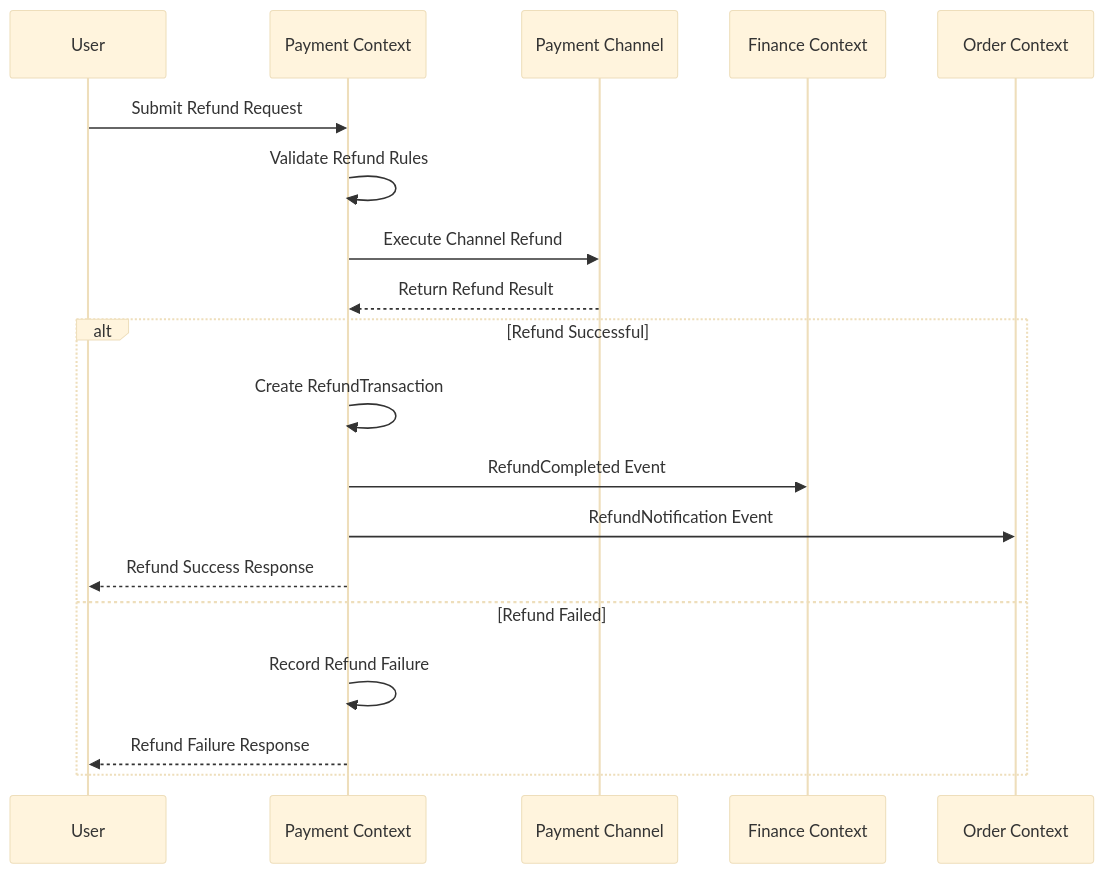
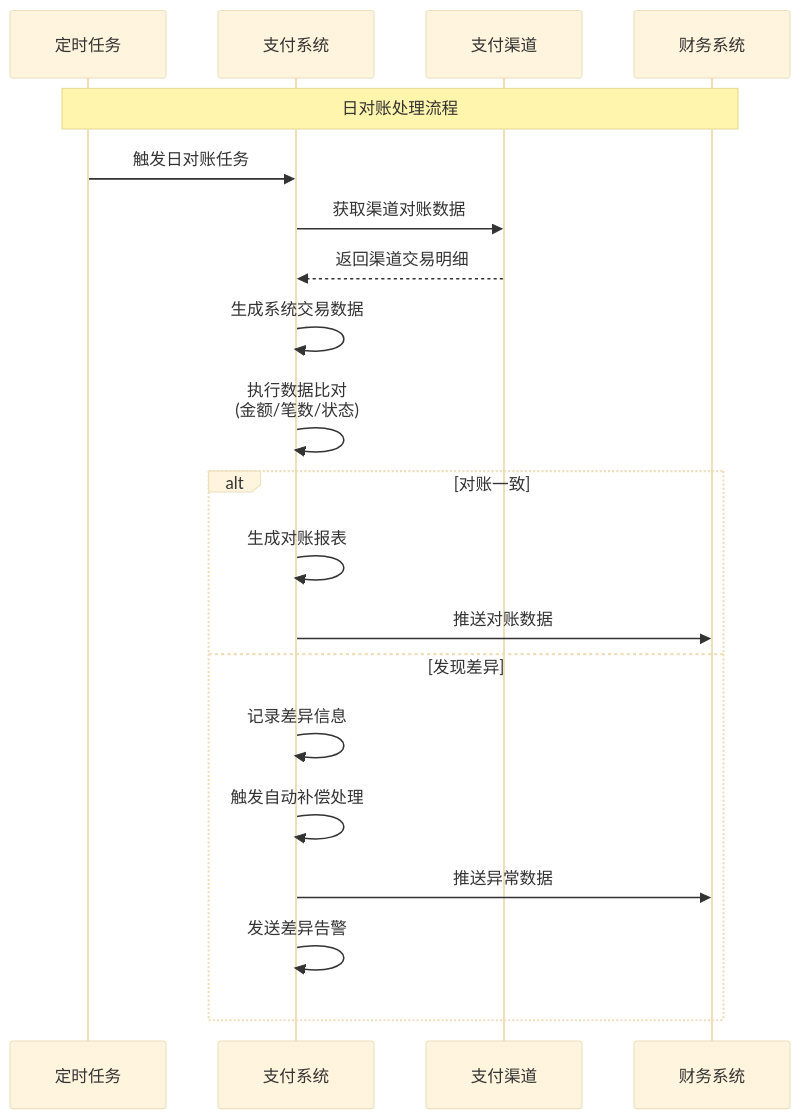
The fifth of 5 diagrams in docs/contexts/payment/integration/context-mapping.md (KyleWangkq/ai-prompt), drawn with Mermaid (base theme) before and after one commit. The commit also changed other lines of this file and 5 other files, not shown here.

````diff
--- a/docs/contexts/payment/integration/context-mapping.md
+++ b/docs/contexts/payment/integration/context-mapping.md
@@ -595,23 +1218,26 @@
 ```mermaid
 sequenceDiagram
-    participant User as User
-    participant Payment as Payment Context
-    participant Channel as Payment Channel  
-    participant Finance as Finance Context
-    participant Order as Order Context
+    participant Schedule as 定时任务
+    participant Payment as 支付系统
+    participant Channel as 支付渠道
+    participant Finance as 财务系统
     
-    User->>Payment: Submit Refund Request
-    Payment->>Payment: Validate Refund Rules
-    Payment->>Channel: Execute Channel Refund
-    Channel-->>Payment: Return Refund Result
+    Note over Schedule, Finance: 日对账处理流程
     
-    alt Refund Successful
-        Payment->>Payment: Create RefundTransaction
-        Payment->>Finance: RefundCompleted Event
-        Payment->>Order: RefundNotification Event
-        Payment-->>User: Refund Success Response
-    else Refund Failed
-        Payment->>Payment: Record Refund Failure
-        Payment-->>User: Refund Failure Response
+    Schedule->>Payment: 触发日对账任务
+    Payment->>Channel: 获取渠道对账数据
+    Channel-->>Payment: 返回渠道交易明细
+    
+    Payment->>Payment: 生成系统交易数据
+    Payment->>Payment: 执行数据比对<br/>(金额/笔数/状态)
+    
+    alt 对账一致
+        Payment->>Payment: 生成对账报表
+        Payment->>Finance: 推送对账数据
+    else 发现差异
+        Payment->>Payment: 记录差异信息
+        Payment->>Payment: 触发自动补偿处理
+        Payment->>Finance: 推送异常数据
+        Payment->>Payment: 发送差异告警
     end
 ```
````
